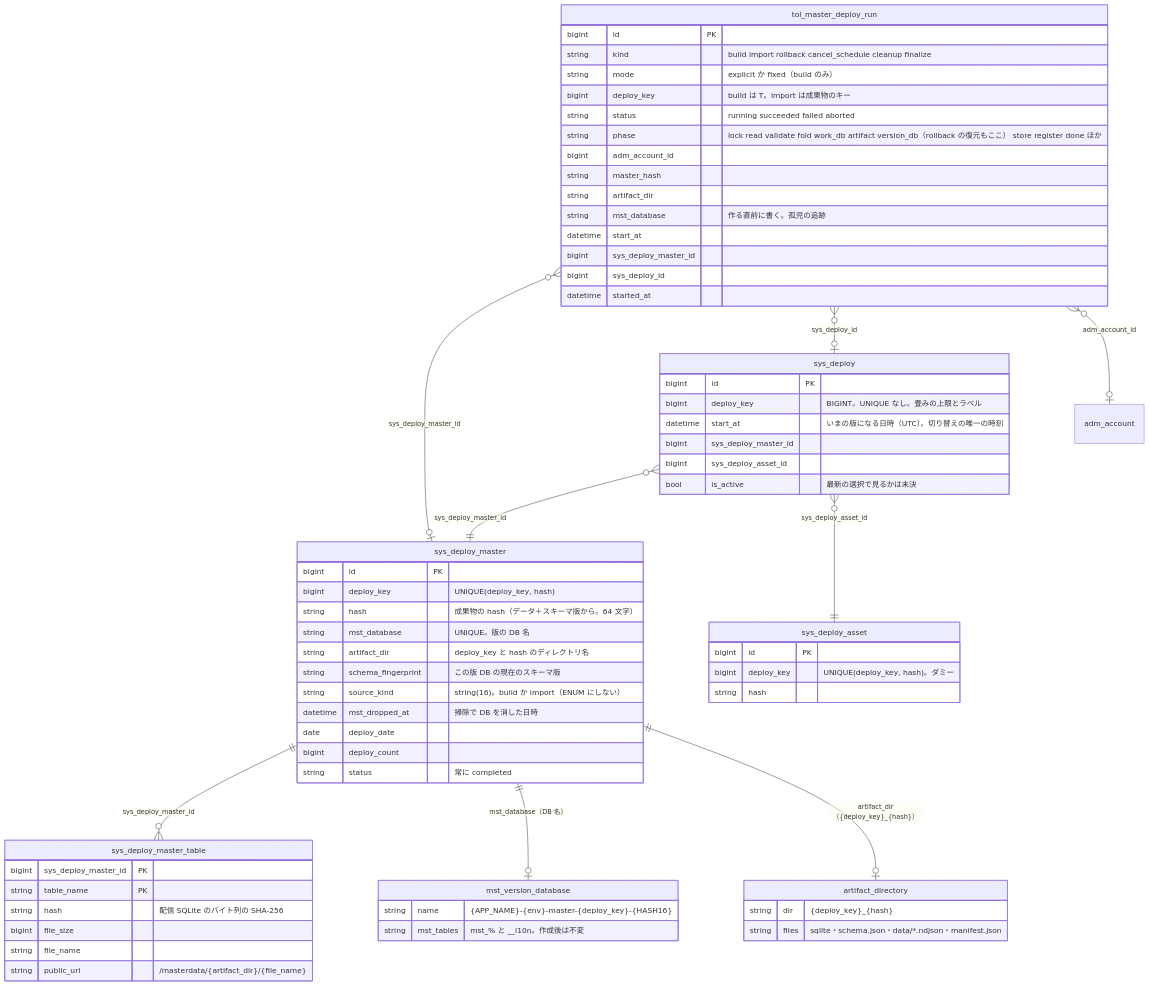
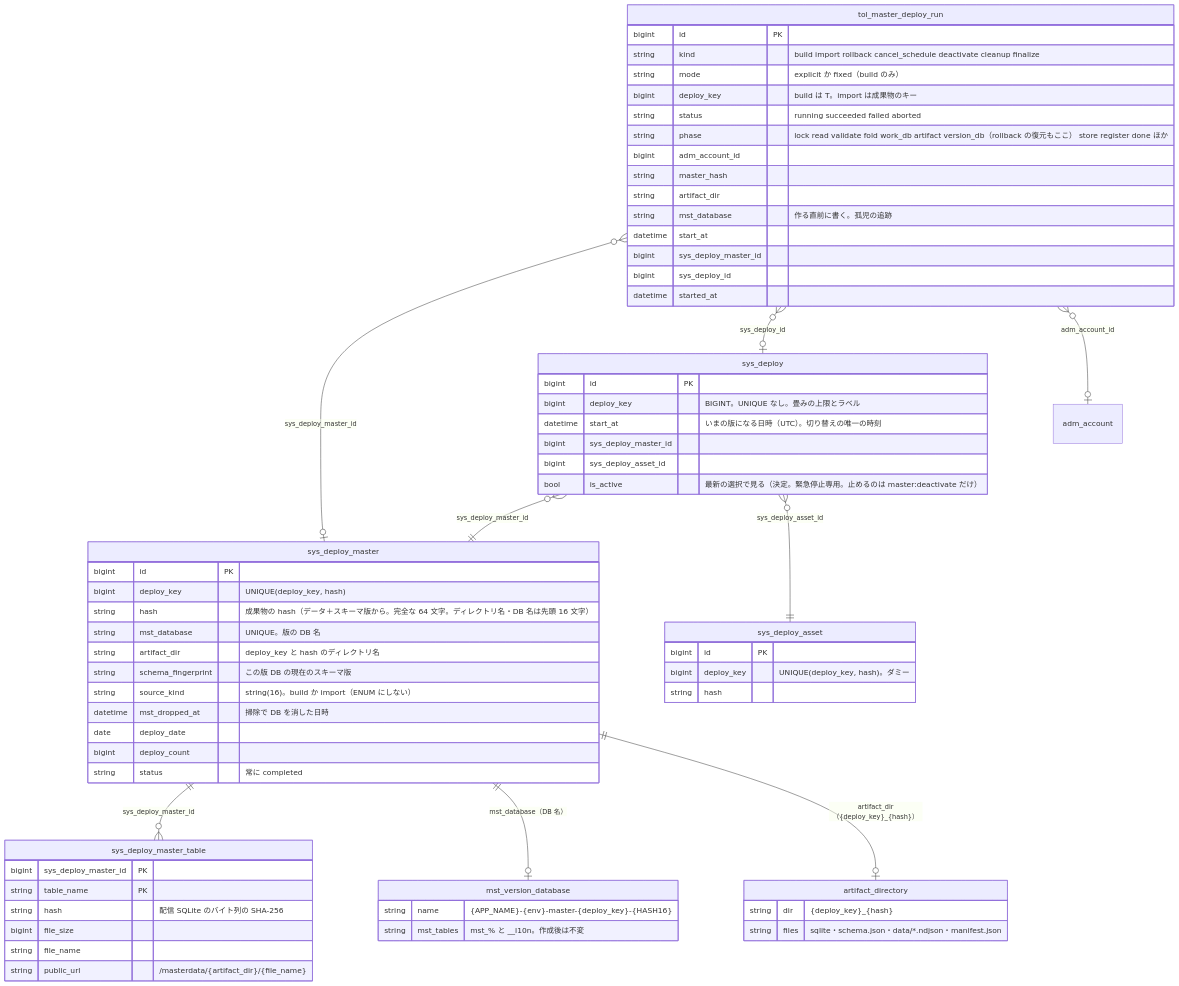
One commit to BENieBlack/NexusMobileGameServer-Laravel changed the first of 2 diagrams in docs/design/master-distribution/db.md. Above: the diagram before and after it, drawn with Mermaid. The commit also changed other lines of this file and 2 other files, not shown here.

Commit message:
docs: サーバー設計に R39（is_active を見る）と hash 16 文字の決定を反映し、緊急停止を仮置きで足す（design-change） (#48)

````diff
--- a/docs/design/master-distribution/db.md
+++ b/docs/design/master-distribution/db.md
@@ -703,69 +710,69 @@
 ```mermaid
 erDiagram
     sys_deploy }o--|| sys_deploy_master : "sys_deploy_master_id"
     sys_deploy }o--|| sys_deploy_asset : "sys_deploy_asset_id"
     sys_deploy_master ||--o{ sys_deploy_master_table : "sys_deploy_master_id"
     sys_deploy_master ||--o| mst_version_database : "mst_database（DB 名）"
     sys_deploy_master ||--o| artifact_directory : "artifact_dir（{deploy_key}_{hash}）"
     tol_master_deploy_run }o--o| sys_deploy_master : "sys_deploy_master_id"
     tol_master_deploy_run }o--o| sys_deploy : "sys_deploy_id"
     tol_master_deploy_run }o--o| adm_account : "adm_account_id"
     sys_deploy {
         bigint id PK
         bigint deploy_key "BIGINT。UNIQUE なし。畳みの上限とラベル"
         datetime start_at "いまの版になる日時（UTC）。切り替えの唯一の時刻"
         bigint sys_deploy_master_id
         bigint sys_deploy_asset_id
-        bool is_active "最新の選択で見るかは未決"
+        bool is_active "最新の選択で見る（決定。緊急停止専用。止めるのは master:deactivate だけ）"
     }
     sys_deploy_master {
         bigint id PK
         bigint deploy_key "UNIQUE(deploy_key, hash)"
-        string hash "成果物の hash（データ＋スキーマ版から。64 文字）"
+        string hash "成果物の hash（データ＋スキーマ版から。完全な 64 文字。ディレクトリ名・DB 名は先頭 16 文字）"
         string mst_database "UNIQUE。版の DB 名"
         string artifact_dir "deploy_key と hash のディレクトリ名"
         string schema_fingerprint "この版 DB の現在のスキーマ版"
         string source_kind "string(16)。build か import（ENUM にしない）"
         datetime mst_dropped_at "掃除で DB を消した日時"
         date deploy_date
         bigint deploy_count
         string status "常に completed"
     }
     sys_deploy_asset {
         bigint id PK
         bigint deploy_key "UNIQUE(deploy_key, hash)。ダミー"
         string hash
     }
     sys_deploy_master_table {
         bigint sys_deploy_master_id PK
         string table_name PK
         string hash "配信 SQLite のバイト列の SHA-256"
         bigint file_size
         string file_name
         string public_url "/masterdata/{artifact_dir}/{file_name}"
     }
     mst_version_database {
         string name "{APP_NAME}-{env}-master-{deploy_key}-{HASH16}"
         string mst_tables "mst_% と __l10n。作成後は不変"
     }
     artifact_directory {
         string dir "{deploy_key}_{hash}"
         string files "sqlite・schema.json・data/*.ndjson・manifest.json"
     }
     tol_master_deploy_run {
         bigint id PK
-        string kind "build import rollback cancel_schedule cleanup finalize"
+        string kind "build import rollback cancel_schedule deactivate cleanup finalize"
         string mode "explicit か fixed（build のみ）"
         bigint deploy_key "build は T。import は成果物のキー"
         string status "running succeeded failed aborted"
         string phase "lock read validate fold work_db artifact version_db（rollback の復元もここ） store register done ほか"
         bigint adm_account_id
         string master_hash
         string artifact_dir
         string mst_database "作る直前に書く。孤児の追跡"
         datetime start_at
         bigint sys_deploy_master_id
         bigint sys_deploy_id
         datetime started_at
     }
 ```
````
